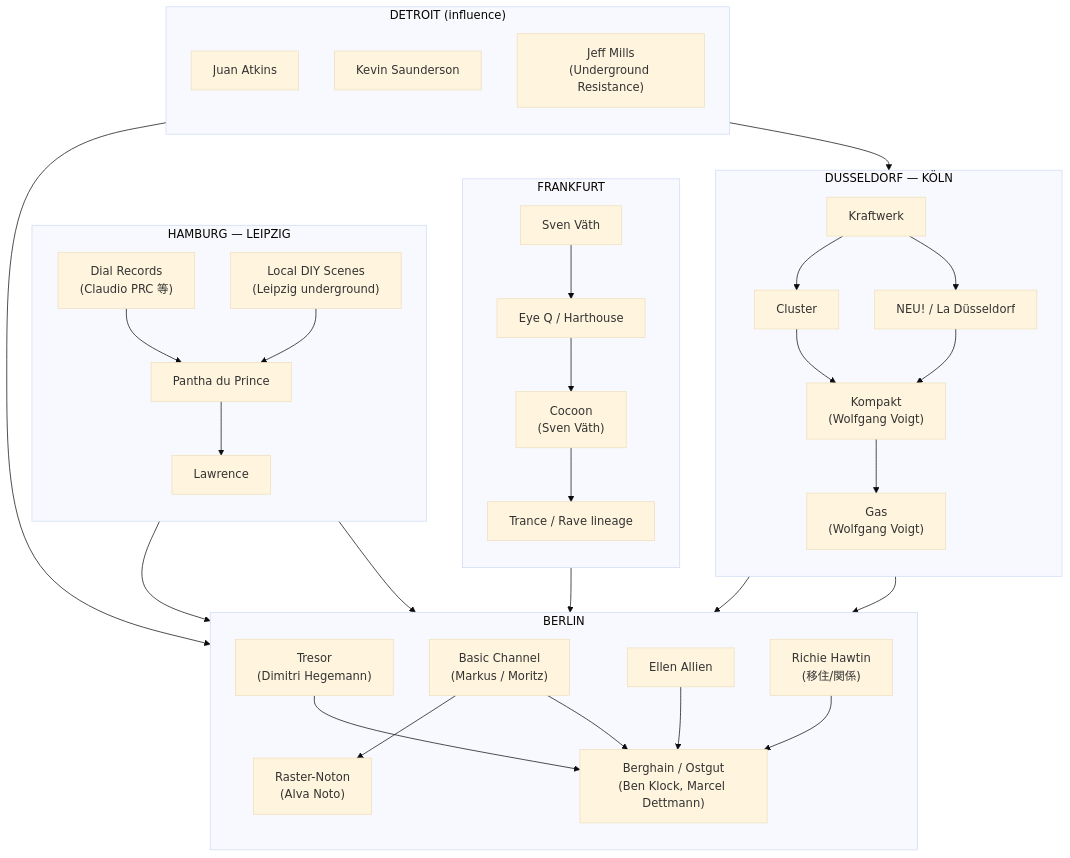
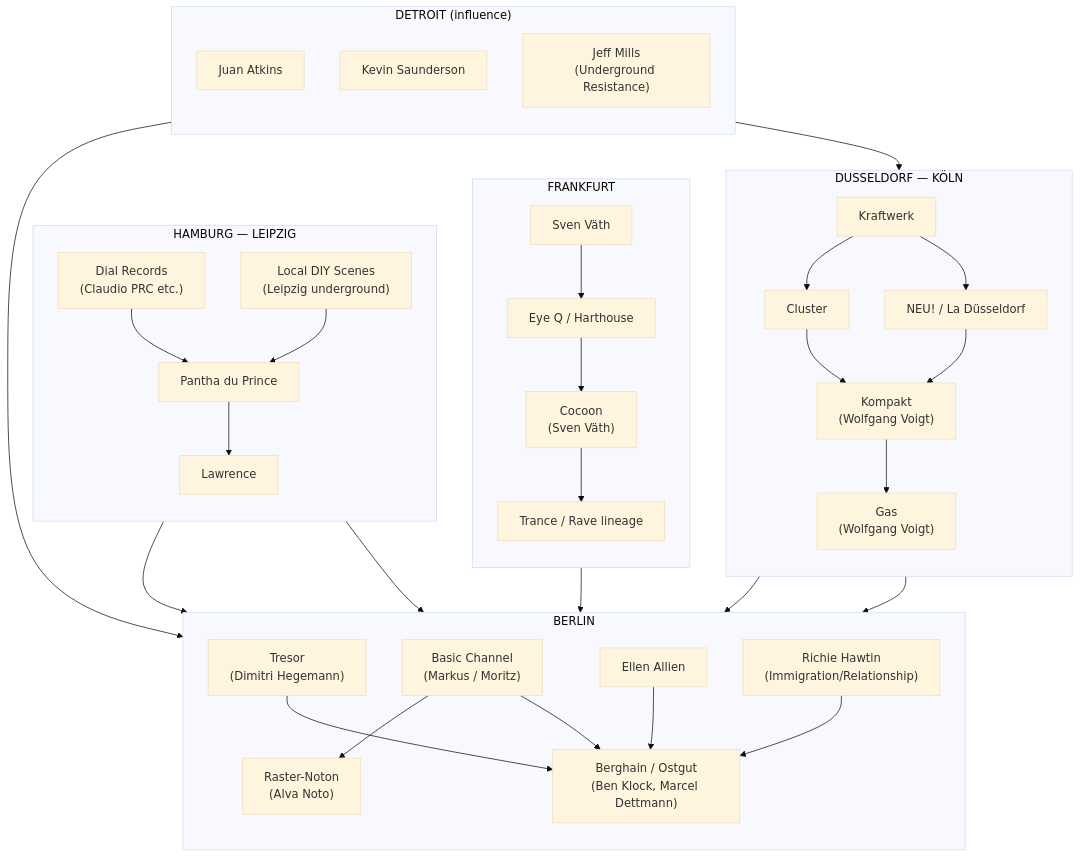
Before and after one commit to monumental-movement/monumental-movement.github.io: the second of 2 diagrams in en/_posts/2025-10-17-column-german-techno-areas.md, drawn with Mermaid (base theme). The commit also changed other lines of this file and 152 other files, not shown here.

```diff
--- a/en/_posts/2025-10-17-column-german-techno-areas.md
+++ b/en/_posts/2025-10-17-column-german-techno-areas.md
@@ -247,7 +247,7 @@
 <div class="mermaid">
 
 flowchart TD
-  %% --- サブグラフ：ベルリン ---
+  %% --- Subgraph: Berlin ---
   subgraph BERLIN["BERLIN"]
     direction TB
     B1["Tresor<br/>(Dimitri Hegemann)"]
@@ -255,10 +255,10 @@
     B3["Raster-Noton<br/>(Alva Noto)"]
     B4["Berghain / Ostgut<br/>(Ben Klock, Marcel Dettmann)"]
     B5["Ellen Allien"]
-    B6["Richie Hawtin<br/>(移住/関係)"]
+    B6["Richie Hawtin<br/>(Immigration/Relationship)"]
   end
 
-  %% --- サブグラフ：デュッセルドルフ〜ケルン ---
+  %% --- Subgraph: Düsseldorf-Cologne ---
   subgraph RHINE["DUSSELDORF — KÖLN"]
     direction TB
     C1["Kraftwerk"]
@@ -268,7 +268,7 @@
     C5["Gas<br/>(Wolfgang Voigt)"]
   end
 
-  %% --- サブグラフ：フランクフルト ---
+  %% --- Subgraph: Frankfurt ---
   subgraph FRANKFURT["FRANKFURT"]
     direction TB
     F1["Sven Väth"]
@@ -277,16 +277,16 @@
     F4["Trance / Rave lineage"]
   end
 
-  %% --- サブグラフ：ハンブルク〜ライプツィヒ ---
+  %% --- Subgraph: Hamburg-Leipzig ---
   subgraph NORTH["HAMBURG — LEIPZIG"]
     direction TB
-    H1["Dial Records<br/>(Claudio PRC 等)"]
+    H1["Dial Records<br/>(Claudio PRC etc.)"]
     H2["Pantha du Prince"]
     H3["Local DIY Scenes<br/>(Leipzig underground)"]
     H4["Lawrence"]
   end
 
-  %% --- 外的影響（デトロイト） ---
+  %% --- External influences (Detroit) ---
   subgraph DETROIT["DETROIT (influence)"]
     direction TB
     D1["Juan Atkins"]
@@ -294,7 +294,7 @@
     D3["Jeff Mills<br/>(Underground Resistance)"]
   end
 
-  %% --- 矢印（影響 / 系譜） ---
+  %% --- Arrow (Influence/Genealogy) ---
   %% Berlin internal
   B1 --> B4
   B2 --> B3
```
